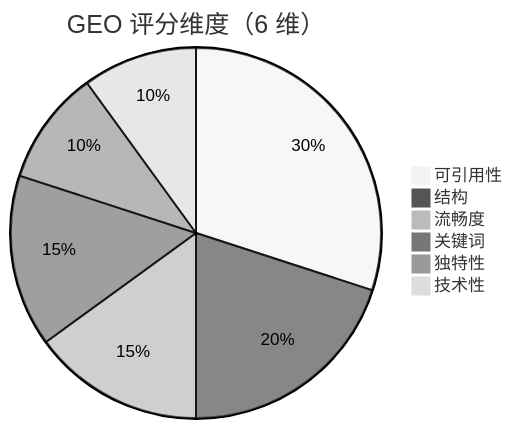
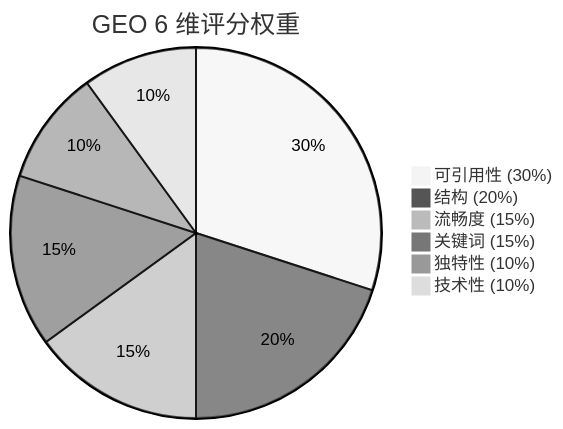
Before and after one commit to deep2code/geo: the fifth of 31 diagrams in docs/architecture.md, drawn with Mermaid (neutral theme). The commit also changed other lines of this file and 3 other files, not shown here.

First line of the commit message:
docs: 全面美化文档，大量采用 Mermaid 图表

````diff
--- a/docs/architecture.md
+++ b/docs/architecture.md
@@ -81,9 +154,9 @@
 ```mermaid
-pie title GEO 评分维度（6 维）
-    "可引用性" : 30
-    "结构" : 20
-    "流畅度" : 15
-    "关键词" : 15
-    "独特性" : 10
-    "技术性" : 10
+pie title GEO 6 维评分权重
+    "可引用性 (30%)" : 30
+    "结构 (20%)" : 20
+    "流畅度 (15%)" : 15
+    "关键词 (15%)" : 15
+    "独特性 (10%)" : 10
+    "技术性 (10%)" : 10
 ```
````
